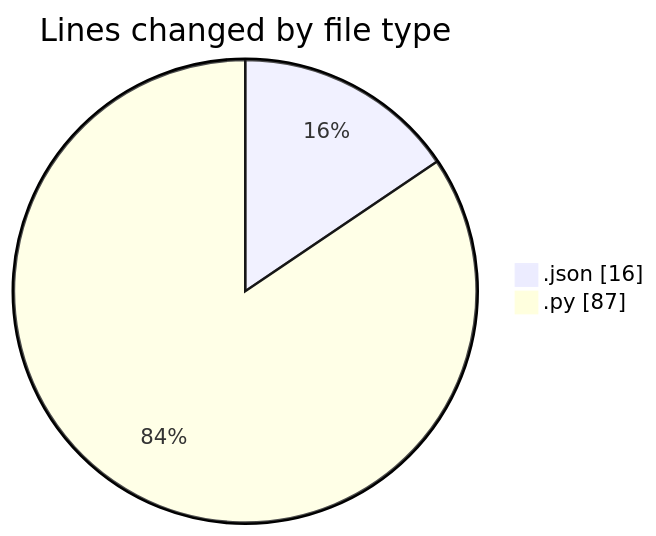
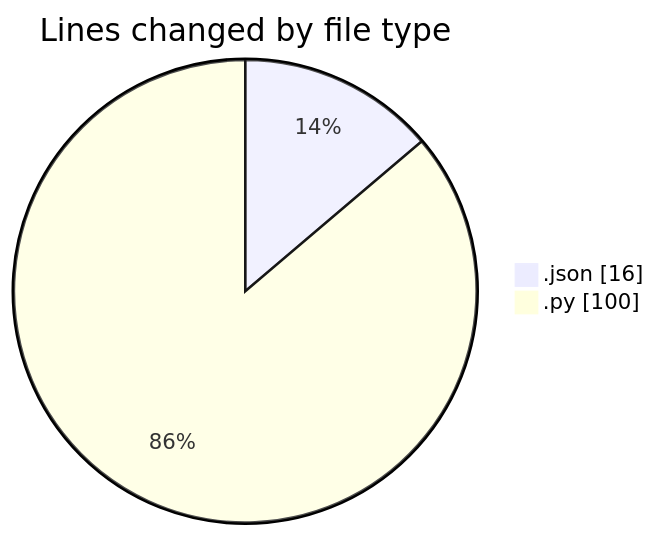
The first of 2 diagrams in 2025-03-29/myws__workspace_/README.md (MatusMokan/code-tracking), drawn with Mermaid before and after one commit. The commit also changed other lines of this file and 1 other file, not shown here.

````diff
--- a/2025-03-29/myws__workspace_/README.md
+++ b/2025-03-29/myws__workspace_/README.md
@@ -22,6 +22,6 @@
 ```mermaid
 pie showData
 title Lines changed by file type
 ".json" : 16
-".py" : 87
+".py" : 100
 ```
````
